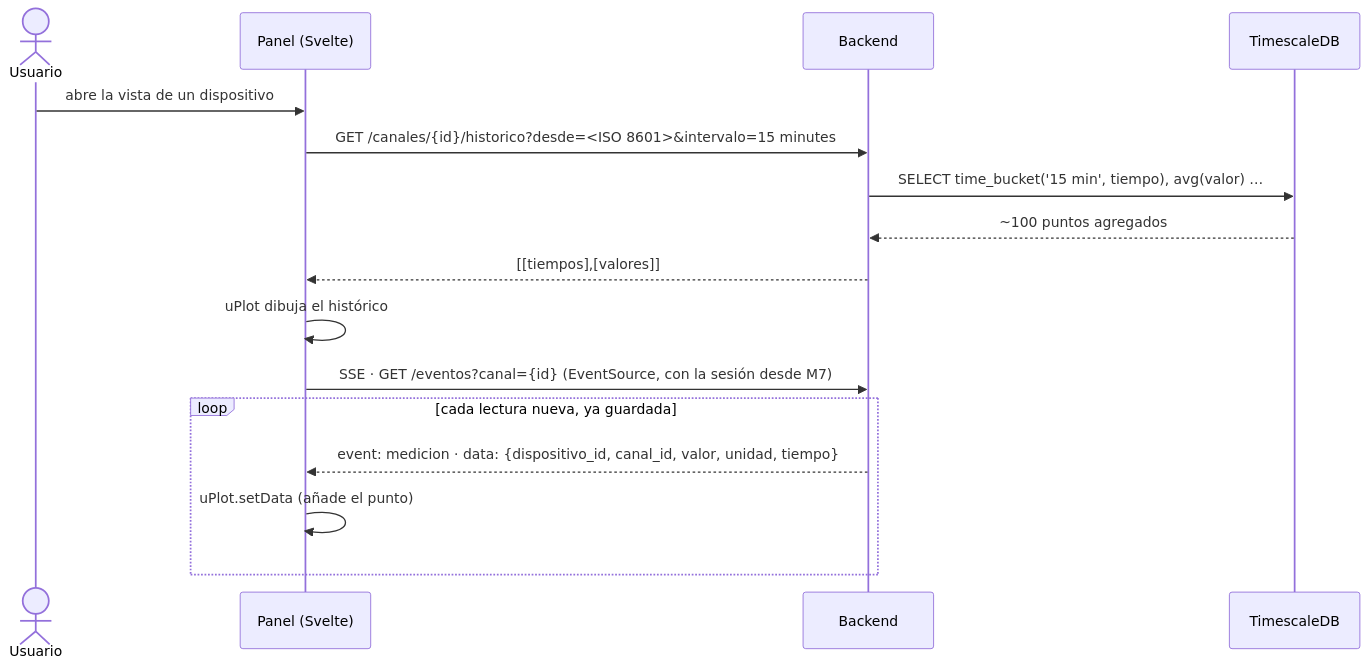
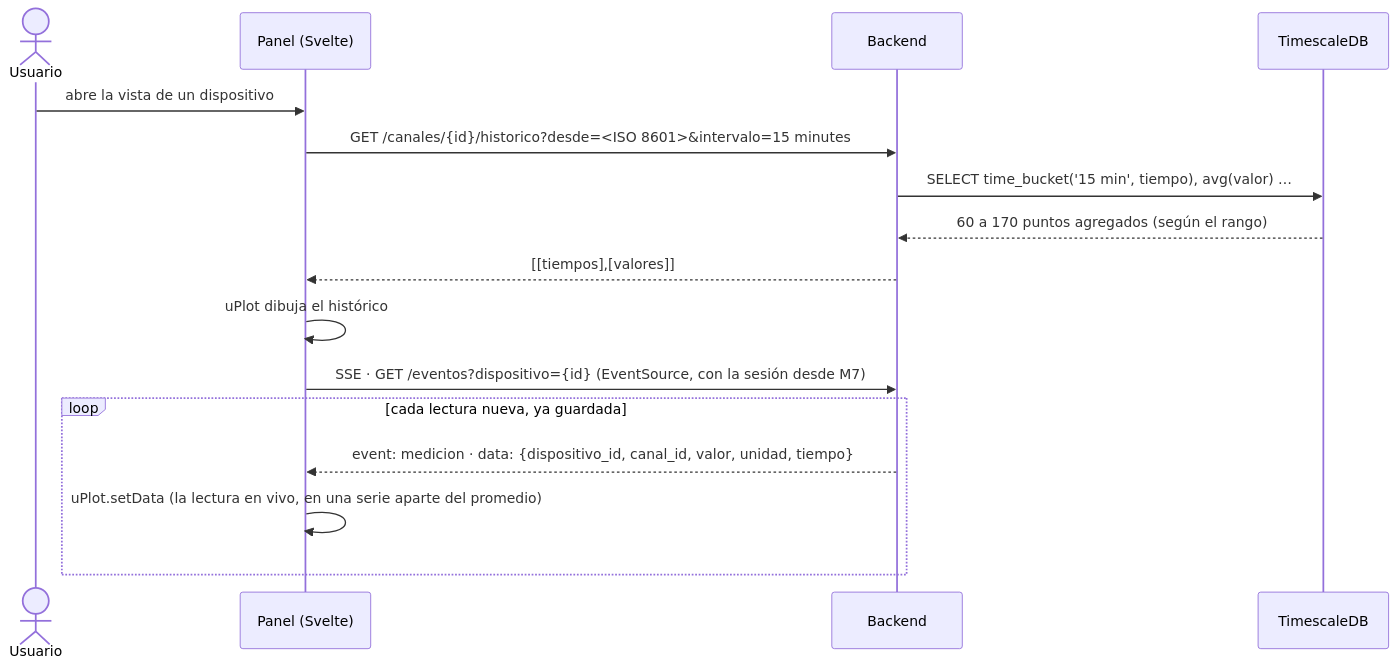
One commit to vicenterami/tesis changed the diagram in informe-oficial/figuras/mermaid/sec-tiemporeal.mmd. Above: the diagram before and after it, drawn with Mermaid. The commit also changed 26 other files, not shown here.

First line of the commit message:
Corrige lo encontrado al revisar la ficha, diseña el alta por API y deja listo el laboratorio del plugin de credenciales

```diff
--- a/informe-oficial/figuras/mermaid/sec-tiemporeal.mmd
+++ b/informe-oficial/figuras/mermaid/sec-tiemporeal.mmd
@@ -1,17 +1,17 @@
 sequenceDiagram
     actor U as Usuario
     participant FE as Panel (Svelte)
     participant API as Backend
     participant DB as TimescaleDB
 
     U->>FE: abre la vista de un dispositivo
     FE->>API: GET /canales/{id}/historico?desde=<ISO 8601>&intervalo=15 minutes
     API->>DB: SELECT time_bucket('15 min', tiempo), avg(valor) …
-    DB-->>API: ~100 puntos agregados
+    DB-->>API: 60 a 170 puntos agregados (según el rango)
     API-->>FE: [[tiempos],[valores]]
     FE->>FE: uPlot dibuja el histórico
-    FE->>API: SSE · GET /eventos?canal={id} (EventSource, con la sesión desde M7)
+    FE->>API: SSE · GET /eventos?dispositivo={id} (EventSource, con la sesión desde M7)
     loop cada lectura nueva, ya guardada
         API-->>FE: event: medicion · data: {dispositivo_id, canal_id, valor, unidad, tiempo}
-        FE->>FE: uPlot.setData (añade el punto)
+        FE->>FE: uPlot.setData (la lectura en vivo, en una serie aparte del promedio)
     end
```
